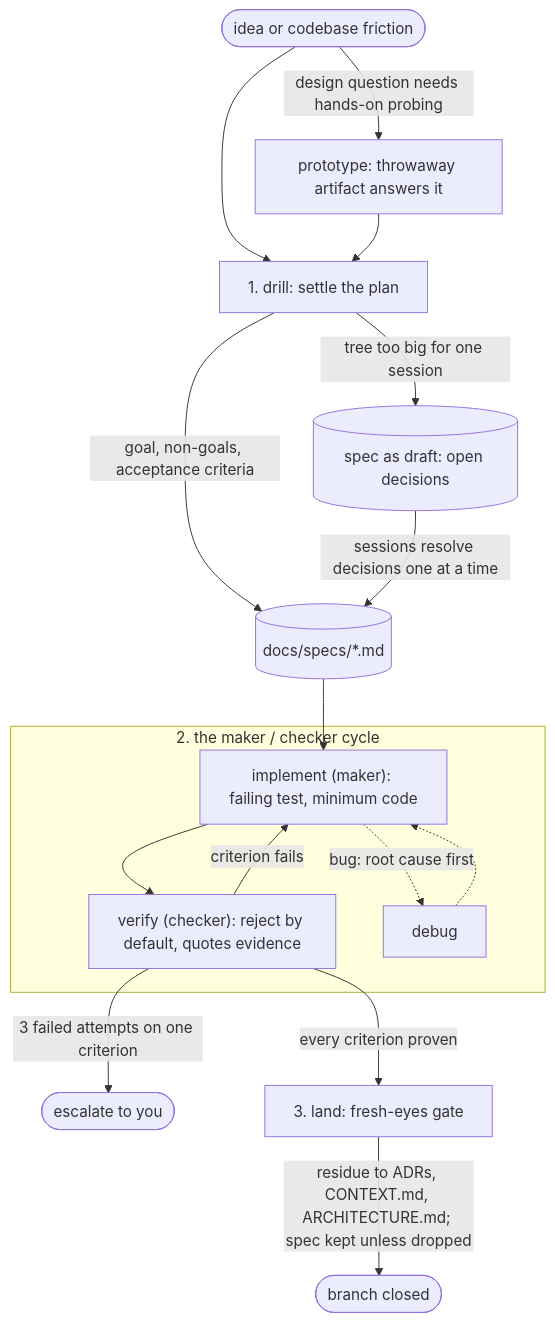
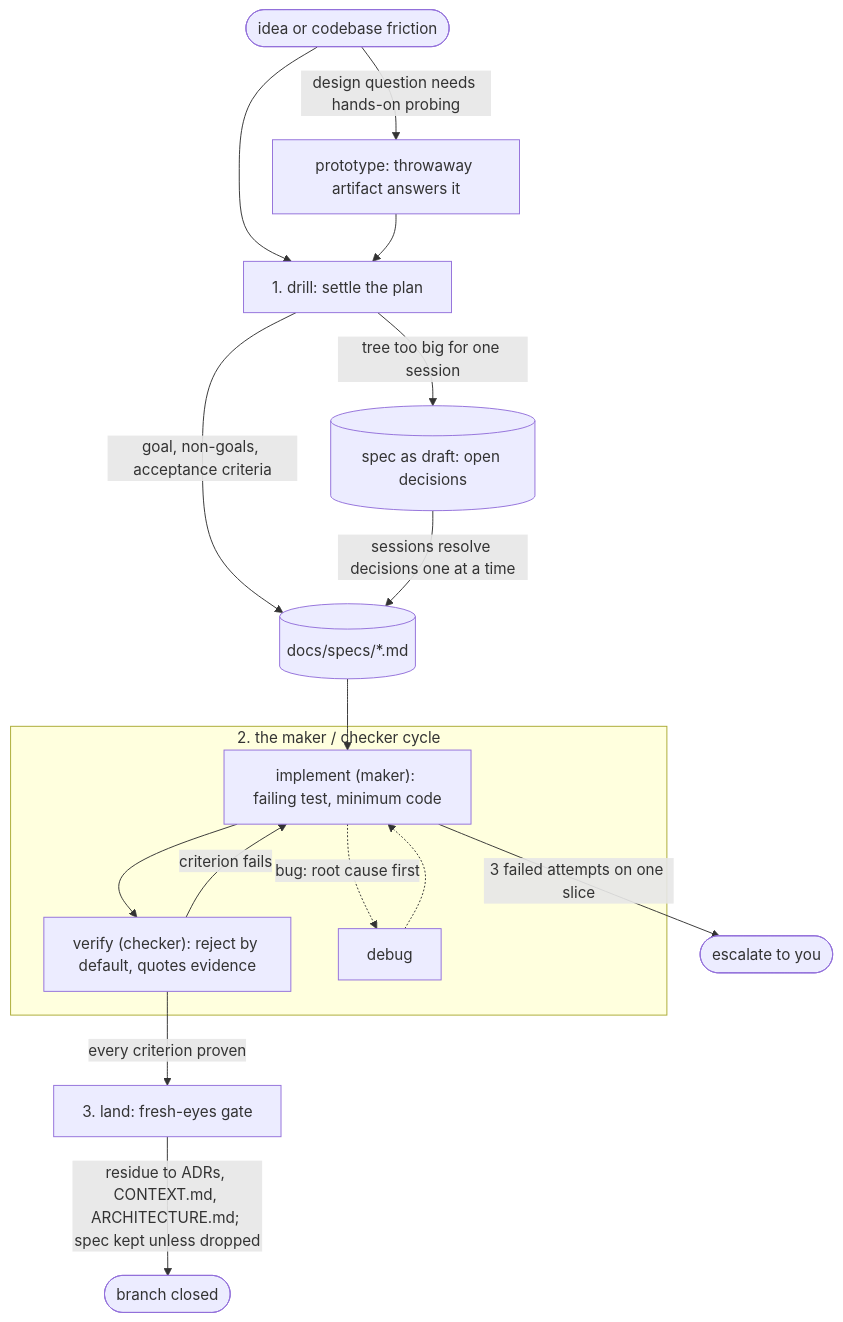
Before and after one commit to gitshrl/skills: the diagram in README.md, drawn with Mermaid. The commit also changed other lines of this file and 1 other file, not shown here.

Commit message:
align readme and deep suite list with actual skill behavior

````diff
--- a/README.md
+++ b/README.md
@@ -52,20 +52,20 @@
 ```mermaid
 flowchart TD
     idea([idea or codebase friction]) --> drill["1. drill: settle the plan"]
     idea -- "design question needs hands-on probing" --> proto["prototype: throwaway artifact answers it"] --> drill
     drill -- "goal, non-goals, acceptance criteria" --> spec[("docs/specs/*.md")]
     drill -- "tree too big for one session" --> draft[("spec as draft: open decisions")]
     draft -- "sessions resolve decisions one at a time" --> spec
     spec --> impl
 
     subgraph cycle["2. the maker / checker cycle"]
         impl["implement (maker): failing test, minimum code"] --> verify["verify (checker): reject by default, quotes evidence"]
         verify -- "criterion fails" --> impl
         impl -. "bug: root cause first" .-> debug
         debug -.-> impl
     end
 
-    verify -- "3 failed attempts on one criterion" --> you(["escalate to you"])
     verify -- "every criterion proven" --> land["3. land: fresh-eyes gate"]
+    impl -- "3 failed attempts on one slice" --> you(["escalate to you"])
     land -- "residue to ADRs, CONTEXT.md, ARCHITECTURE.md; spec kept unless dropped" --> done([branch closed])
 ```
````
